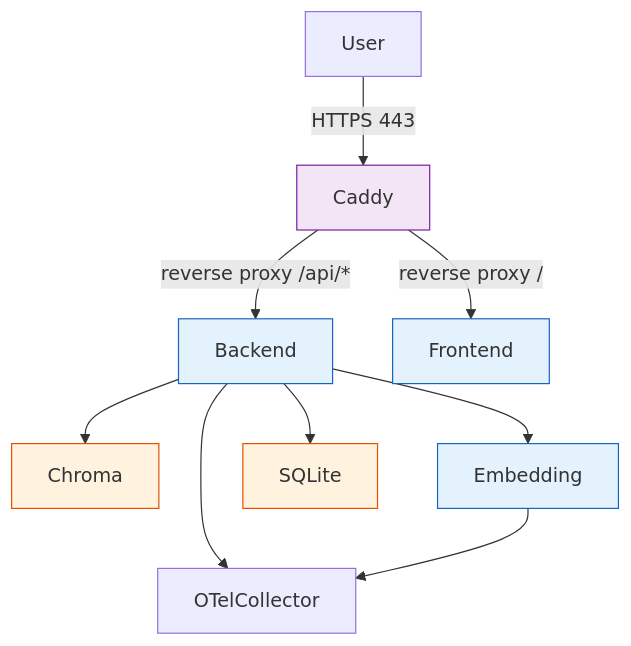
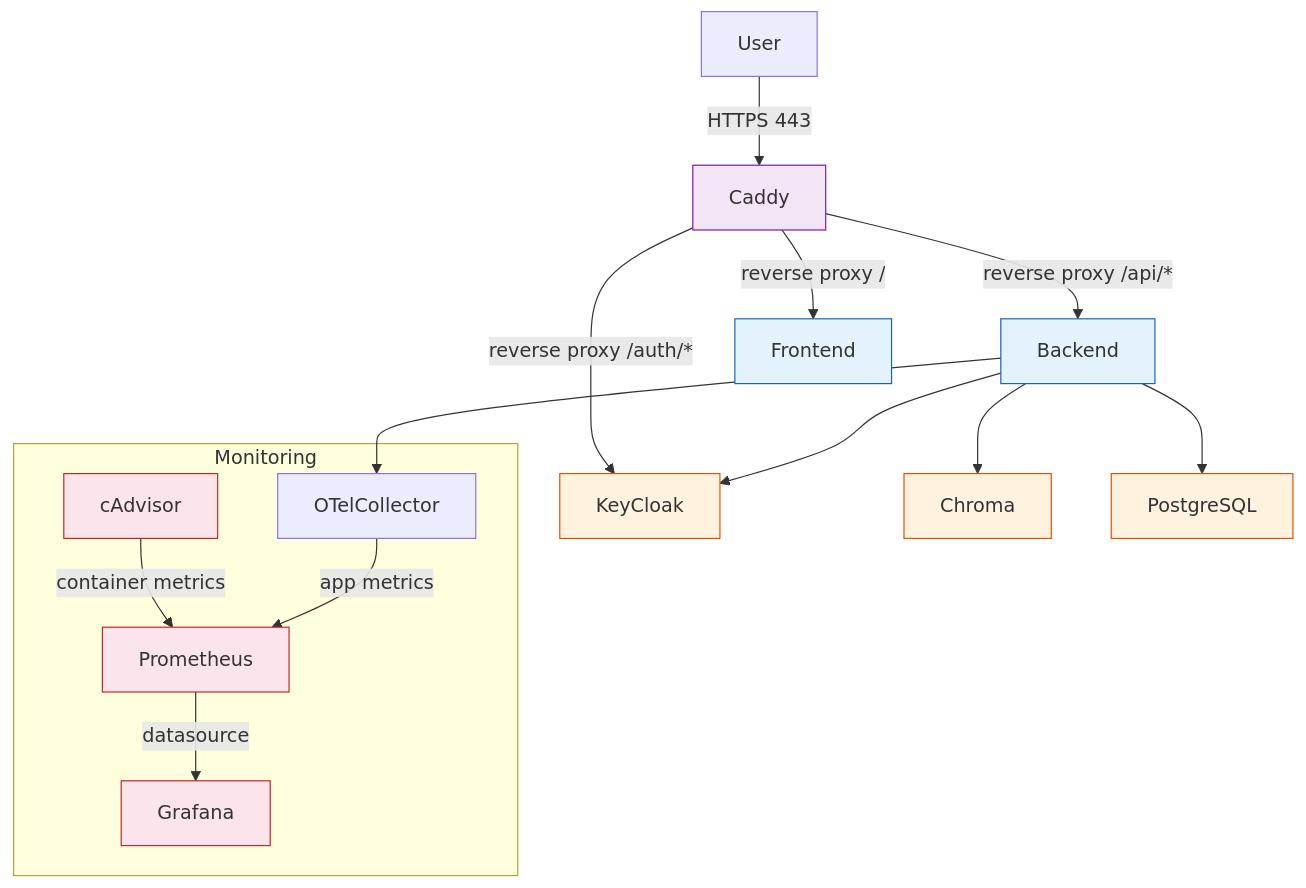
One commit to n-marusov/vedo-help changed the diagram in docs/deployment.md. Above: the diagram before and after it, drawn with Mermaid. The commit also changed other lines of this file and 24 other files, not shown here.

````diff
--- a/docs/deployment.md
+++ b/docs/deployment.md
@@ -7,18 +7,26 @@
 ```mermaid
 graph TB
     User -- HTTPS 443 --> Caddy
     Caddy -- reverse proxy /api/* --> Backend
     Caddy -- reverse proxy / --> Frontend
+    Caddy -- reverse proxy /auth/* --> KeyCloak
     Backend --> Chroma
-    Backend --> Embedding
-    Backend --> SQLite
+    Backend --> PostgreSQL
+    Backend --> KeyCloak
     Backend --> OTelCollector
-    Embedding --> OTelCollector
+
+    subgraph Monitoring
+        cAdvisor -- container metrics --> Prometheus
+        OTelCollector -- app metrics --> Prometheus
+        Prometheus -- datasource --> Grafana
+    end
 
     classDef svc fill:#e3f2fd,stroke:#1565c0
     classDef proxy fill:#f3e5f5,stroke:#7b1fa2
     classDef db fill:#fff3e0,stroke:#e65100
+    classDef mon fill:#fce4ec,stroke:#c62828
     class Caddy proxy
-    class Backend,Frontend,Embedding svc
-    class Chroma,SQLite db
+    class Backend,Frontend svc
+    class Chroma,PostgreSQL,KeyCloak db
+    class cAdvisor,Prometheus,Grafana mon
 ```
````
